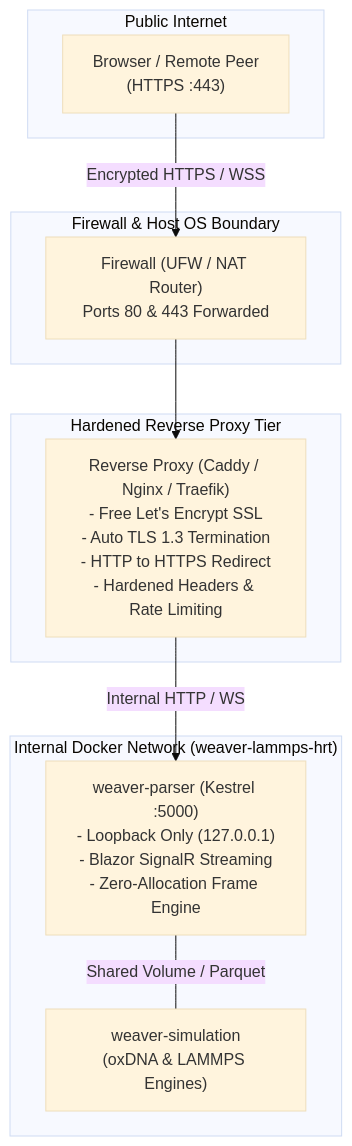
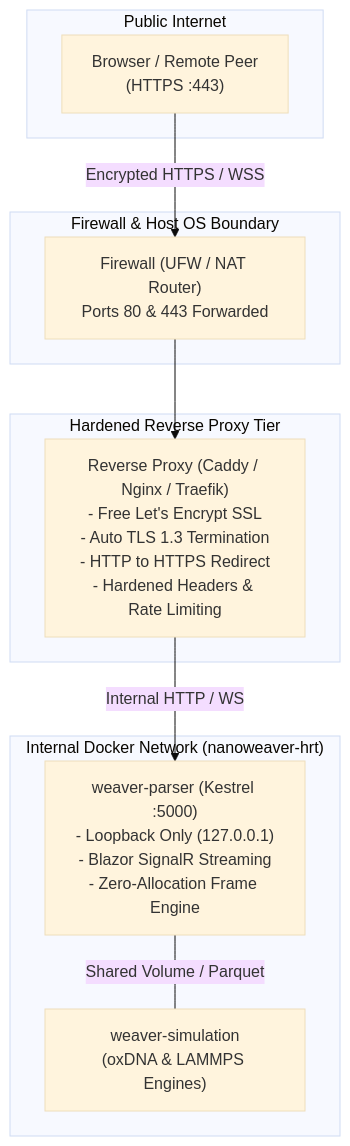
The first of 4 diagrams in docs/secure-public-access.md (lantea-one/nanoweaver-hrt), drawn with Mermaid (base theme) before and after one commit. The commit also changed other lines of this file and 46 other files, not shown here.

Commit message:
feat: rename solution to NanoWeaverHrt and update project documentation to nanoweaver-hrt

````diff
--- a/docs/secure-public-access.md
+++ b/docs/secure-public-access.md
@@ -16,24 +16,24 @@
 ```mermaid
 flowchart TD
     subgraph PublicInternet["Public Internet"]
         Client["Browser / Remote Peer<br>(HTTPS :443)"]
     end
 
     subgraph FirewallBoundary["Firewall & Host OS Boundary"]
         Firewall["Firewall (UFW / NAT Router)<br>Ports 80 & 443 Forwarded"]
     end
 
     subgraph ReverseProxyTier["Hardened Reverse Proxy Tier"]
         Proxy["Reverse Proxy (Caddy / Nginx / Traefik)<br>- Free Let's Encrypt SSL<br>- Auto TLS 1.3 Termination<br>- HTTP to HTTPS Redirect<br>- Hardened Headers & Rate Limiting"]
     end
 
-    subgraph DockerInternal["Internal Docker Network (weaver-lammps-hrt)"]
+    subgraph DockerInternal["Internal Docker Network (nanoweaver-hrt)"]
         Parser["weaver-parser (Kestrel :5000)<br>- Loopback Only (127.0.0.1)<br>- Blazor SignalR Streaming<br>- Zero-Allocation Frame Engine"]
         Sim["weaver-simulation<br>(oxDNA & LAMMPS Engines)"]
     end
 
     Client -->|Encrypted HTTPS / WSS| Firewall
     Firewall --> Proxy
     Proxy -->|Internal HTTP / WS| Parser
     Parser ---|Shared Volume / Parquet| Sim
 ```
````
